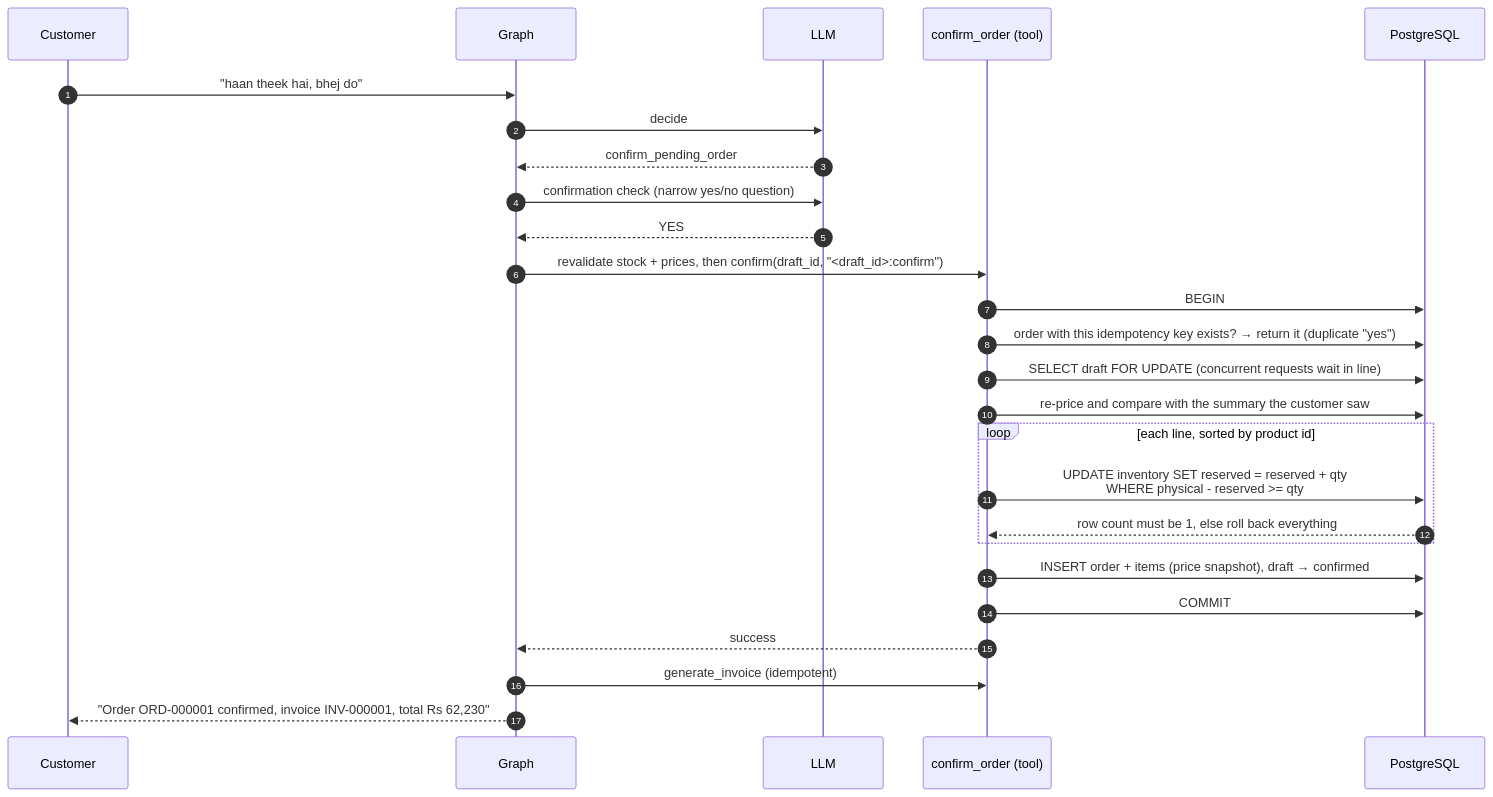
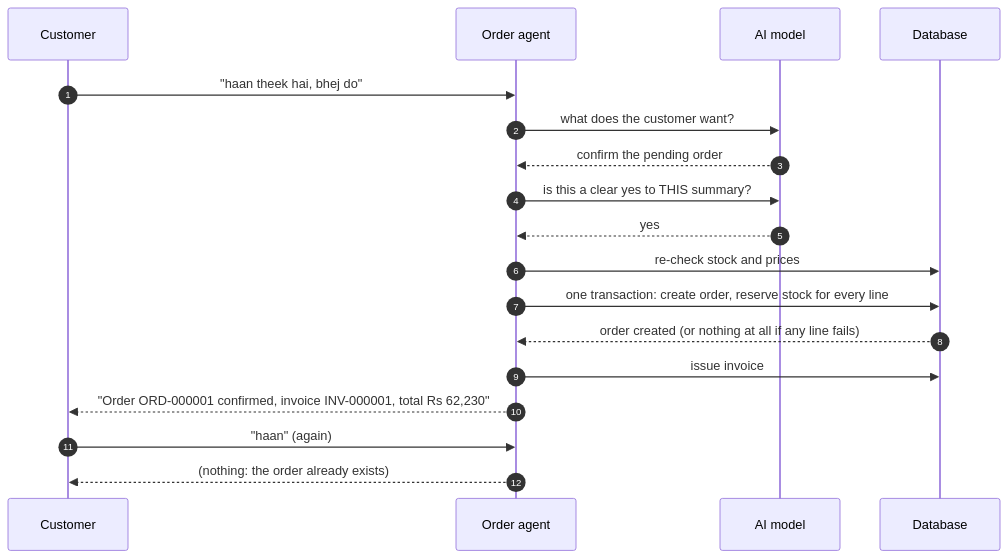
The third of 5 diagrams in README.md (Nazir-Ahmed72/bizflow-ai), drawn with Mermaid before and after one commit. The commit also changed other lines of this file and 18 other files, not shown here.

````diff
--- a/README.md
+++ b/README.md
@@ -156,29 +162,21 @@
 ```mermaid
 sequenceDiagram
     autonumber
     participant C as Customer
-    participant G as Graph
-    participant L as LLM
-    participant T as confirm_order (tool)
-    participant DB as PostgreSQL
+    participant A as Order agent
+    participant AI as AI model
+    participant DB as Database
 
-    C->>G: "haan theek hai, bhej do"
-    G->>L: decide
-    L-->>G: confirm_pending_order
-    G->>L: confirmation check (narrow yes/no question)
-    L-->>G: YES
-    G->>T: revalidate stock + prices, then confirm(draft_id, "<draft_id>:confirm")
-    T->>DB: BEGIN
-    T->>DB: order with this idempotency key exists? → return it (duplicate "yes")
-    T->>DB: SELECT draft FOR UPDATE (concurrent requests wait in line)
-    T->>DB: re-price and compare with the summary the customer saw
-    loop each line, sorted by product id
-        T->>DB: UPDATE inventory SET reserved = reserved + qty<br/>WHERE physical - reserved >= qty
-        DB-->>T: row count must be 1, else roll back everything
-    end
-    T->>DB: INSERT order + items (price snapshot), draft → confirmed
-    T->>DB: COMMIT
-    T-->>G: success
-    G->>T: generate_invoice (idempotent)
-    G-->>C: "Order ORD-000001 confirmed, invoice INV-000001, total Rs 62,230"
+    C->>A: "haan theek hai, bhej do"
+    A->>AI: what does the customer want?
+    AI-->>A: confirm the pending order
+    A->>AI: is this a clear yes to THIS summary?
+    AI-->>A: yes
+    A->>DB: re-check stock and prices
+    A->>DB: one transaction: create order, reserve stock for every line
+    DB-->>A: order created (or nothing at all if any line fails)
+    A->>DB: issue invoice
+    A-->>C: "Order ORD-000001 confirmed, invoice INV-000001, total Rs 62,230"
+    C->>A: "haan" (again)
+    A-->>C: (nothing: the order already exists)
 ```
````
